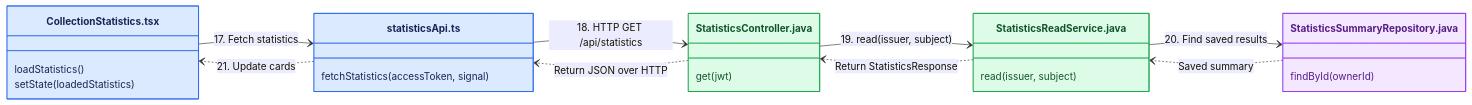
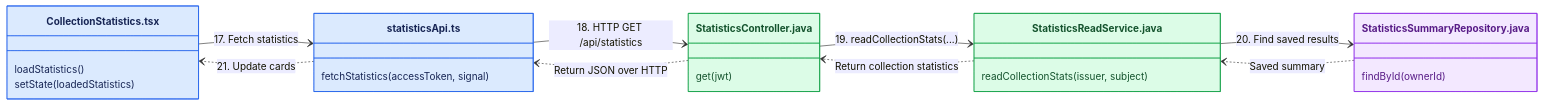
Before and after one commit to eddieSkywalker/TrackMyBoardGames: the fifth of 5 diagrams in docs/architecture/eda-architecture-statistics-component.md, drawn with Mermaid. The commit also changed other lines of this file and 13 other files, not shown here.

````diff
--- a/docs/architecture/eda-architecture-statistics-component.md
+++ b/docs/architecture/eda-architecture-statistics-component.md
@@ -230,35 +237,35 @@
 ```mermaid
 classDiagram
     direction LR
     class UI["CollectionStatistics.tsx"] {
         loadStatistics()
         setState(loadedStatistics)
     }
     class API["statisticsApi.ts"] {
         fetchStatistics(accessToken, signal)
     }
     class Controller["StatisticsController.java"] {
         get(jwt)
     }
     class Read["StatisticsReadService.java"] {
-        read(issuer, subject)
+        readCollectionStats(issuer, subject)
     }
     class Summaries["StatisticsSummaryRepository.java"] {
         findById(ownerId)
     }
 
     UI --> API : 17. Fetch statistics
     API --> Controller : 18. HTTP GET /api/statistics
-    Controller --> Read : 19. read(issuer, subject)
+    Controller --> Read : 19. readCollectionStats(...)
     Read --> Summaries : 20. Find saved results
     Summaries ..> Read : Saved summary
-    Read ..> Controller : Return StatisticsResponse
+    Read ..> Controller : Return collection statistics
     Controller ..> API : Return JSON over HTTP
     API ..> UI : 21. Update cards
 
     style UI fill:#dbeafe,stroke:#2563eb,color:#172554
     style API fill:#dbeafe,stroke:#2563eb,color:#172554
     style Controller fill:#dcfce7,stroke:#16a34a,color:#14532d
     style Read fill:#dcfce7,stroke:#16a34a,color:#14532d
     style Summaries fill:#f3e8ff,stroke:#9333ea,color:#581c87
 ```
````
